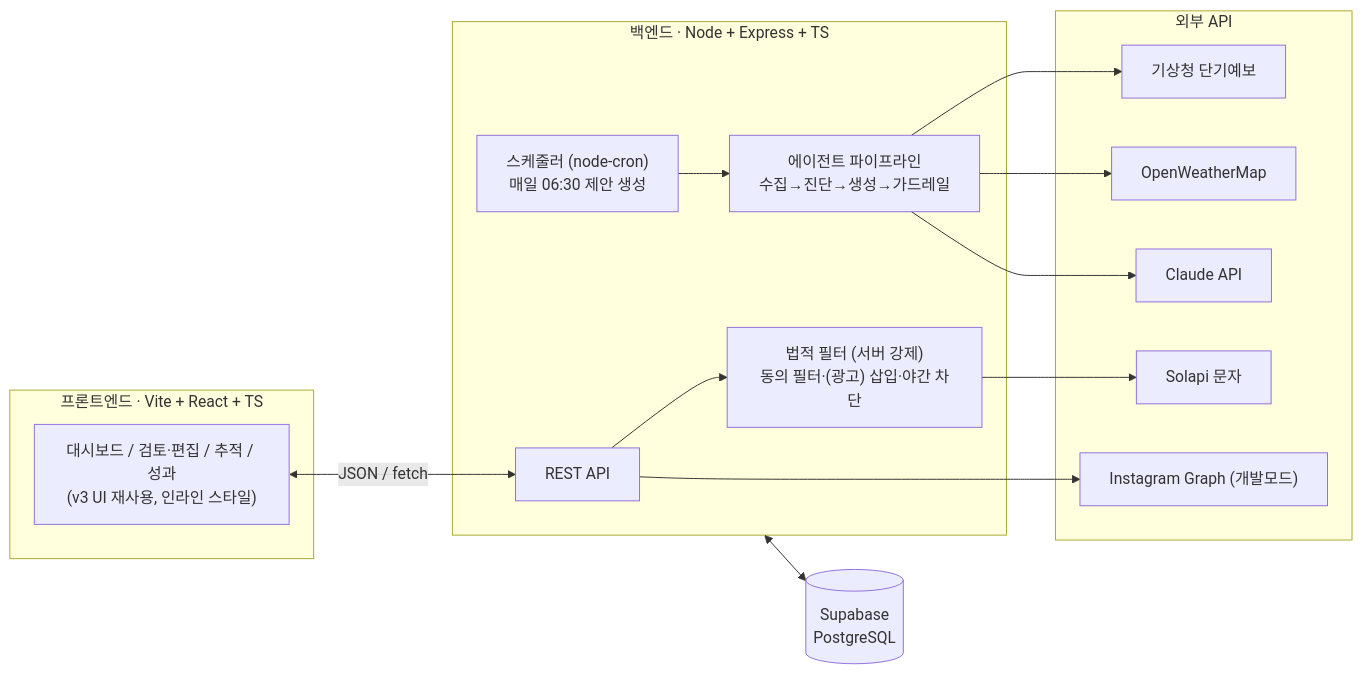
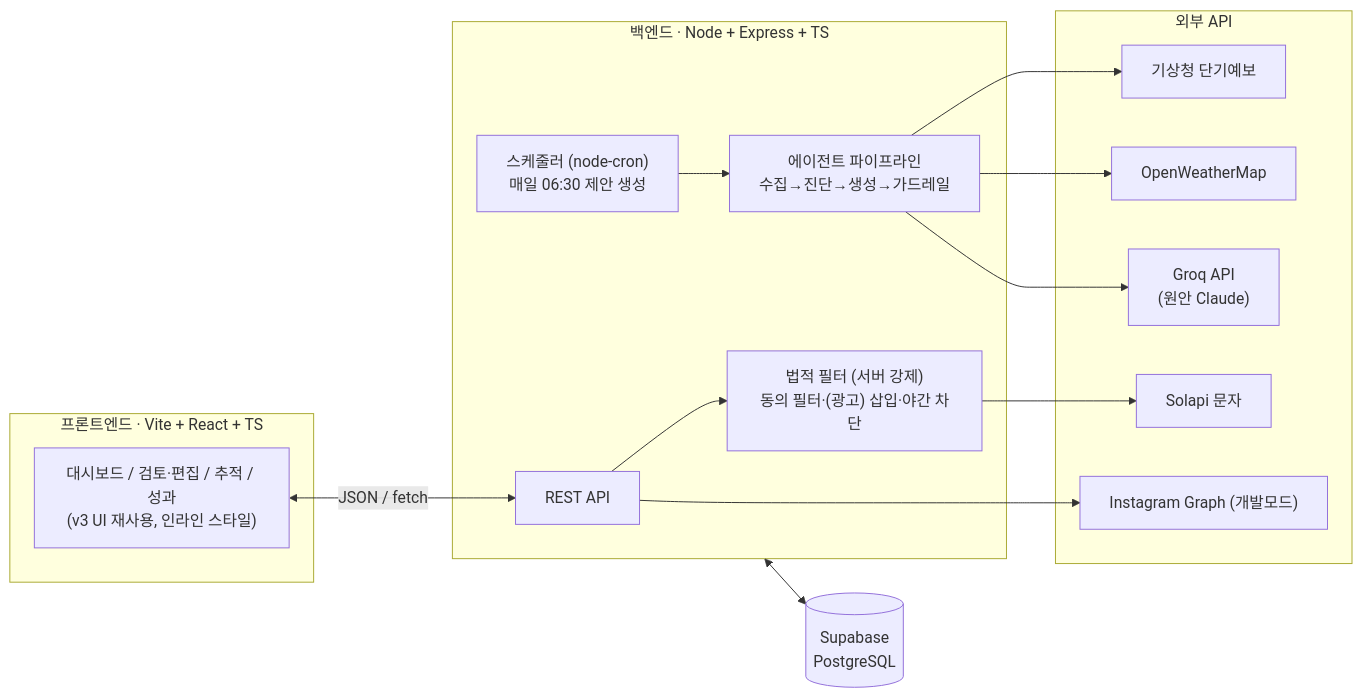
The diagram in docs/WeatherPilot_기술로드맵.md (Mureung1/hub-showcase), drawn with Mermaid before and after one commit. The commit also changed other lines of this file and 10 other files, not shown here.

First line of the commit message:
feat: LLM 마케팅 제안 생성 (Groq 무료 티어) + 문서 반영

````diff
--- a/docs/WeatherPilot_기술로드맵.md
+++ b/docs/WeatherPilot_기술로드맵.md
@@ -34,33 +34,33 @@
 ```mermaid
 flowchart LR
     subgraph FE["프론트엔드 · Vite + React + TS"]
         UI["대시보드 / 검토·편집 / 추적 / 성과<br/>(v3 UI 재사용, 인라인 스타일)"]
     end
 
     subgraph BE["백엔드 · Node + Express + TS"]
         REST["REST API"]
         CRON["스케줄러 (node-cron)<br/>매일 06:30 제안 생성"]
         AGENT["에이전트 파이프라인<br/>수집→진단→생성→가드레일"]
         LEGAL["법적 필터 (서버 강제)<br/>동의 필터·(광고) 삽입·야간 차단"]
     end
 
     subgraph EXT["외부 API"]
         W1["기상청 단기예보"]
         W2["OpenWeatherMap"]
-        LLM["Claude API"]
+        LLM["Groq API<br/>(원안 Claude)"]
         SMS["Solapi 문자"]
         IG["Instagram Graph (개발모드)"]
     end
 
     DB[("Supabase<br/>PostgreSQL")]
 
     UI <-->|"JSON / fetch"| REST
     CRON --> AGENT
     AGENT --> W1
     AGENT --> W2
     AGENT --> LLM
     REST --> LEGAL
     LEGAL --> SMS
     REST --> IG
     BE <--> DB
 ```
````
